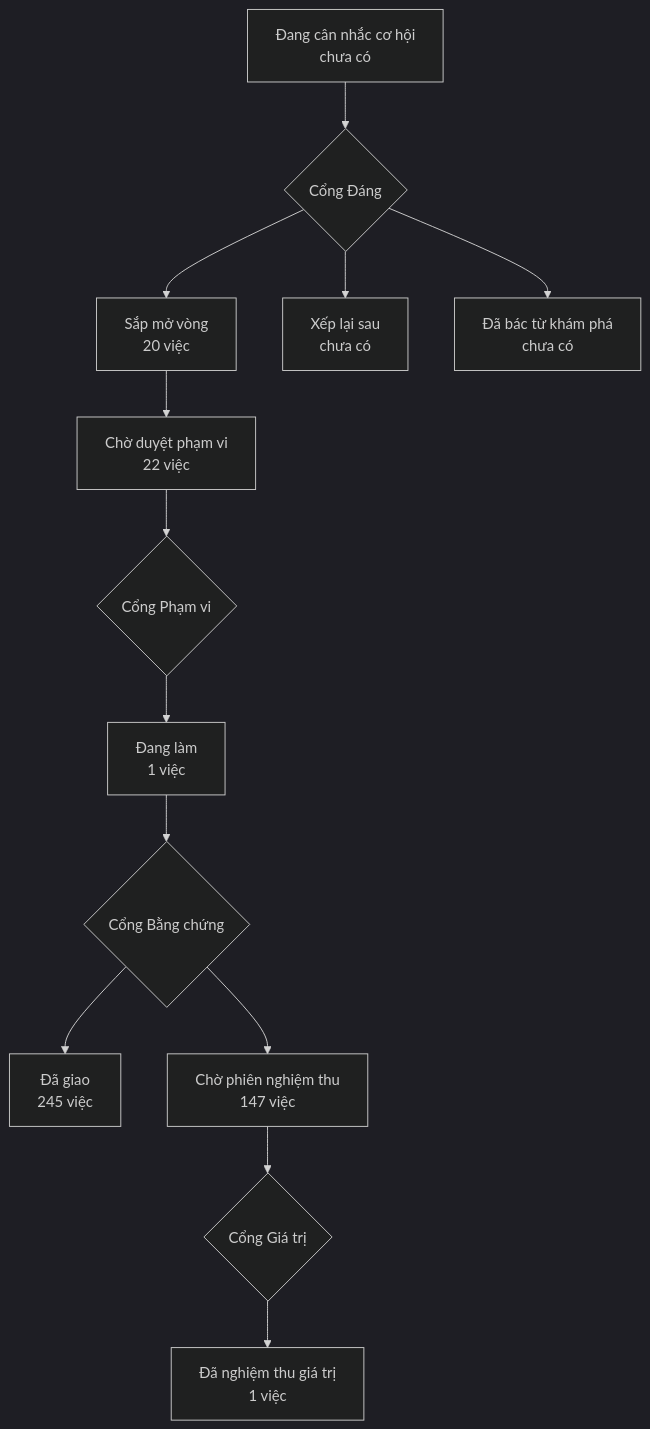
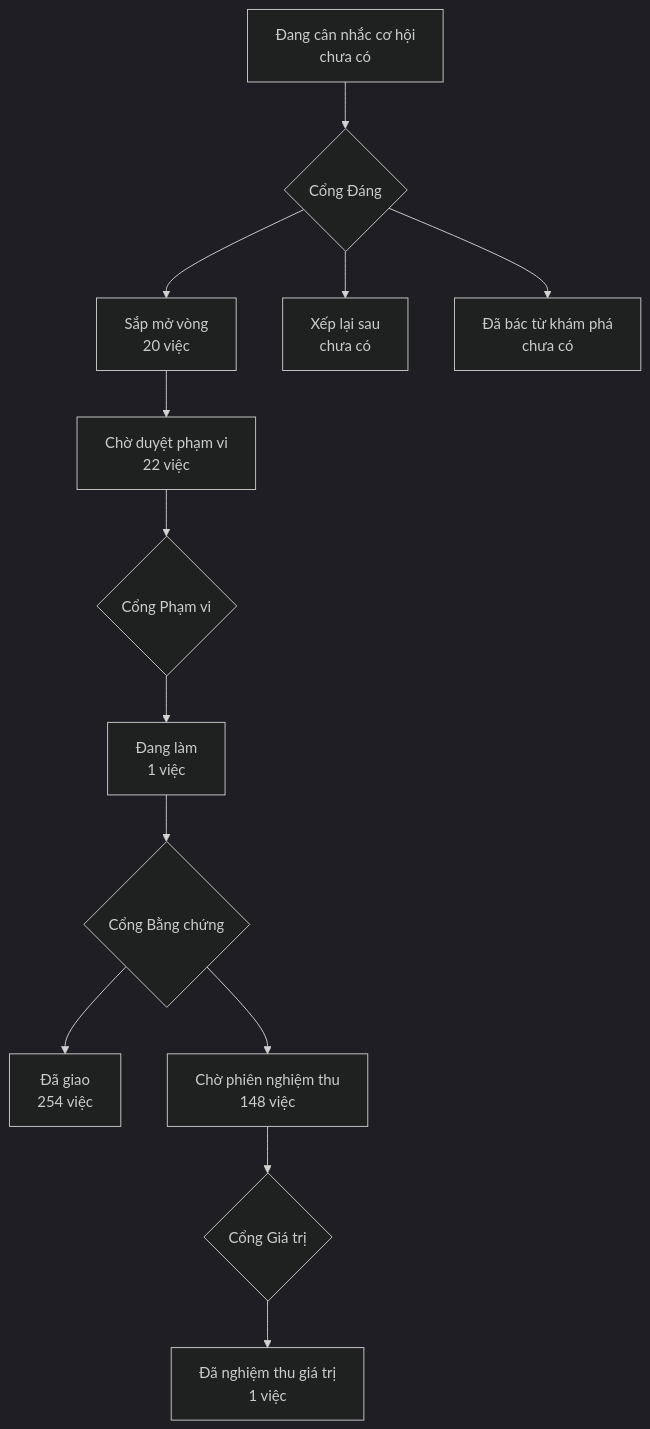
The diagram in PRODUCT-MAP.md (phanlemanh/onehub-invest), drawn with Mermaid (dark theme) before and after one commit. The commit also changed other lines of this file and 1 other file, not shown here.

````diff
--- a/PRODUCT-MAP.md
+++ b/PRODUCT-MAP.md
@@ -7,12 +7,12 @@
 ```mermaid
 flowchart TD
   A["Đang cân nhắc cơ hội<br/>chưa có"] --> GD{"Cổng Đáng"}
   GD --> B["Sắp mở vòng<br/>20 việc"]
   GD --> XL["Xếp lại sau<br/>chưa có"]
   GD --> DB["Đã bác từ khám phá<br/>chưa có"]
   B --> CD["Chờ duyệt phạm vi<br/>22 việc"] --> GP{"Cổng Phạm vi"}
   GP --> DL["Đang làm<br/>1 việc"] --> GB{"Cổng Bằng chứng"}
-  GB --> DG["Đã giao<br/>245 việc"]
-  GB --> CN["Chờ phiên nghiệm thu<br/>147 việc"] --> GG{"Cổng Giá trị"}
+  GB --> DG["Đã giao<br/>254 việc"]
+  GB --> CN["Chờ phiên nghiệm thu<br/>148 việc"] --> GG{"Cổng Giá trị"}
   GG --> NT["Đã nghiệm thu giá trị<br/>1 việc"]
 ```
````
